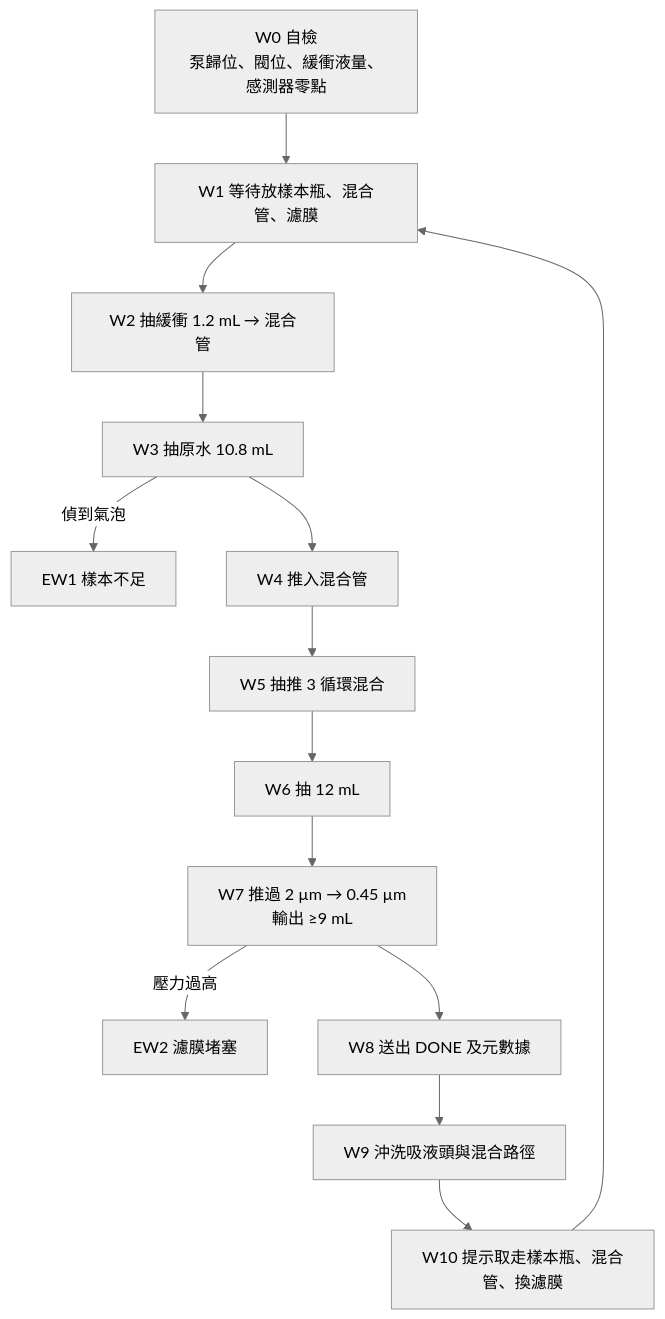
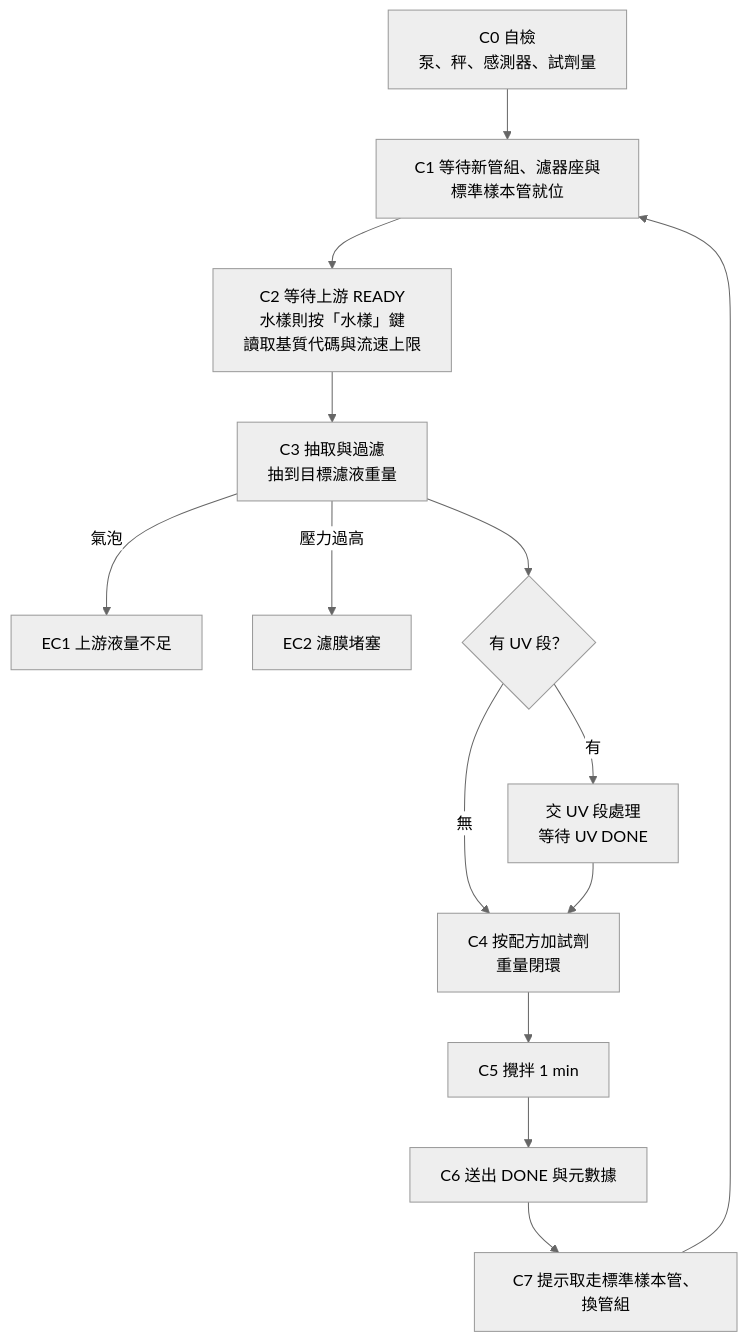
One commit to davidlueng986-alt/igem-mercury-extraction-platform changed the third of 3 diagrams in docs/03-water-module.md. Above: the diagram before and after it, drawn with Mermaid (neutral theme). The commit also changed other lines of this file and 1 other file, not shown here.

````diff
--- a/docs/03-water-module.md
+++ b/docs/03-water-module.md
@@ -164,16 +193,16 @@
 ```mermaid
 flowchart TD
-  A[W0 自檢<br/>泵歸位、閥位、緩衝液量、感測器零點] --> B[W1 等待放樣本瓶、混合管、濾膜]
-  B --> C[W2 抽緩衝 1.2 mL → 混合管]
-  C --> D[W3 抽原水 10.8 mL]
-  D -->|偵到氣泡| E1[EW1 樣本不足]
-  D --> E[W4 推入混合管]
-  E --> F[W5 抽推 3 循環混合]
-  F --> G[W6 抽 12 mL]
-  G --> H[W7 推過 2 µm → 0.45 µm<br/>輸出 ≥9 mL]
-  H -->|壓力過高| E2[EW2 濾膜堵塞]
-  H --> I[W8 送出 DONE 及元數據]
-  I --> J[W9 沖洗吸液頭與混合路徑]
-  J --> K[W10 提示取走樣本瓶、混合管、換濾膜]
-  K --> B
+  A[C0 自檢<br/>泵、秤、感測器、試劑量] --> B[C1 等待新管組、濾器座與標準樣本管就位]
+  B --> C[C2 等待上游 READY<br/>水樣則按「水樣」鍵<br/>讀取基質代碼與流速上限]
+  C --> D[C3 抽取與過濾<br/>抽到目標濾液重量]
+  D -->|氣泡| E1[EC1 上游液量不足]
+  D -->|壓力過高| E2[EC2 濾膜堵塞]
+  D --> U{有 UV 段？}
+  U -->|有| U1[交 UV 段處理<br/>等待 UV DONE]
+  U -->|無| G[C4 按配方加試劑<br/>重量閉環]
+  U1 --> G
+  G --> H[C5 攪拌 1 min]
+  H --> I[C6 送出 DONE 與元數據]
+  I --> J[C7 提示取走標準樣本管、換管組]
+  J --> B
 ```
````
